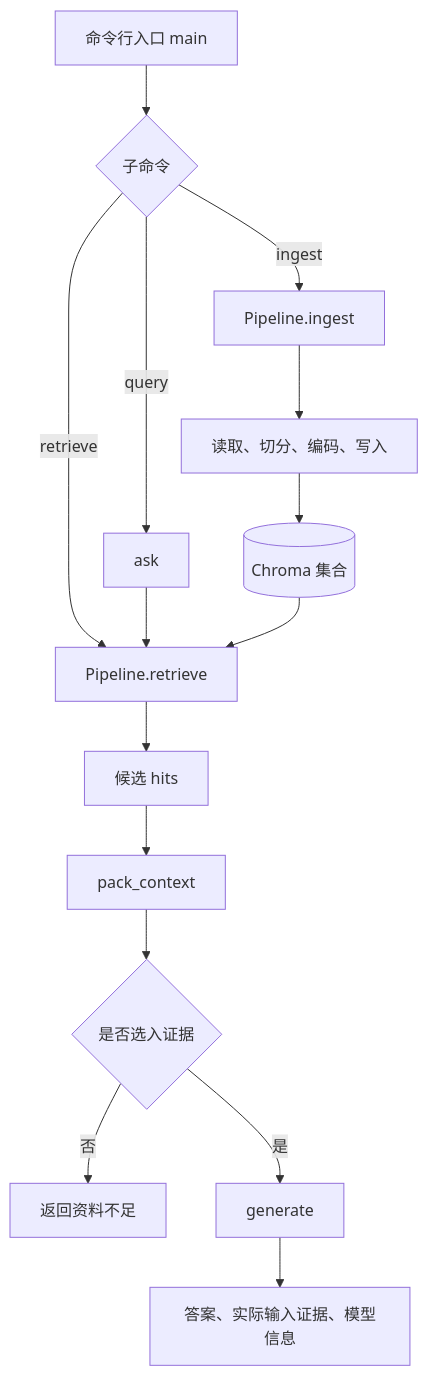
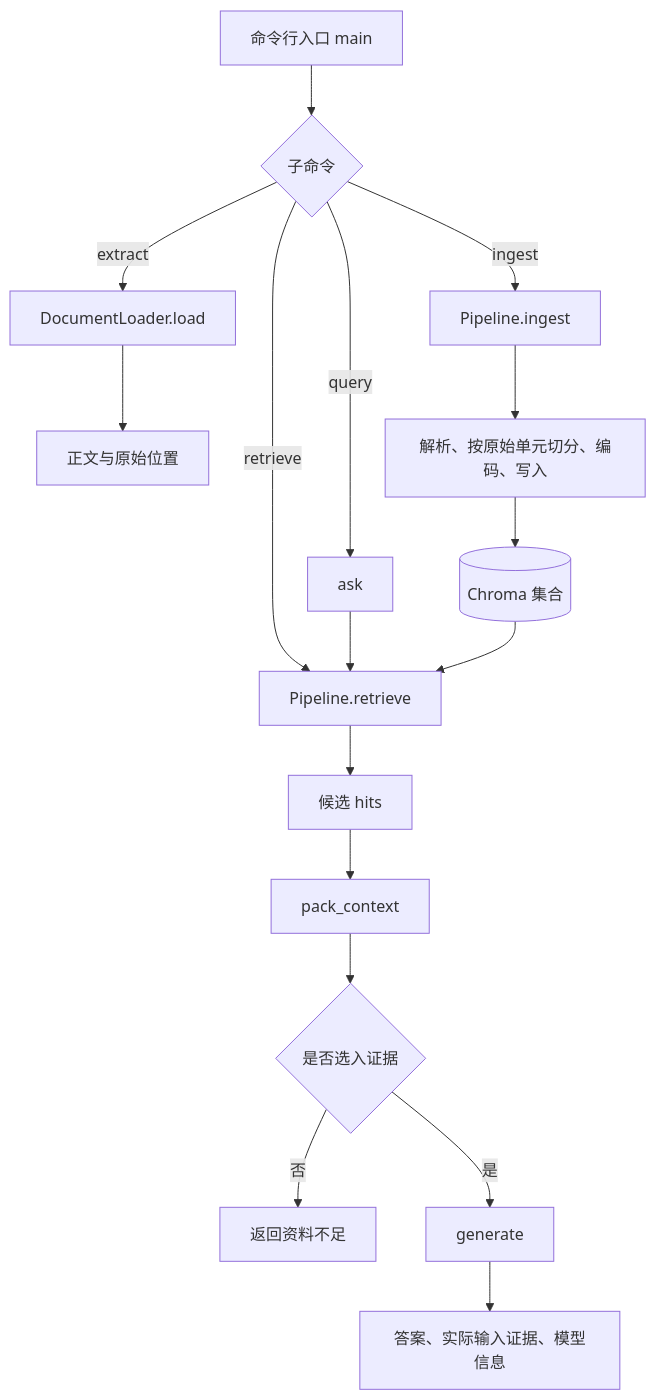
Before and after one commit to benx92/ai-learning-notes: the diagram in 13-RAG实战从文档到问答系统.md, drawn with Mermaid. The commit also changed other lines of this file and 11 other files, not shown here.

````diff
--- a/13-RAG实战从文档到问答系统.md
+++ b/13-RAG实战从文档到问答系统.md
@@ -115,17 +124,19 @@
 ```mermaid
 flowchart TD
     A[命令行入口 main] --> B{子命令}
+    B -- extract --> N[DocumentLoader.load]
+    N --> O[正文与原始位置]
     B -- ingest --> C[Pipeline.ingest]
-    C --> D[读取、切分、编码、写入]
+    C --> D[解析、按原始单元切分、编码、写入]
     D --> E[(Chroma 集合)]
     B -- retrieve --> F[Pipeline.retrieve]
     B -- query --> G[ask]
     G --> F
     E --> F
     F --> H[候选 hits]
     H --> I[pack_context]
     I --> J{是否选入证据}
     J -- 否 --> K[返回资料不足]
     J -- 是 --> L[generate]
     L --> M[答案、实际输入证据、模型信息]
 ```
````
